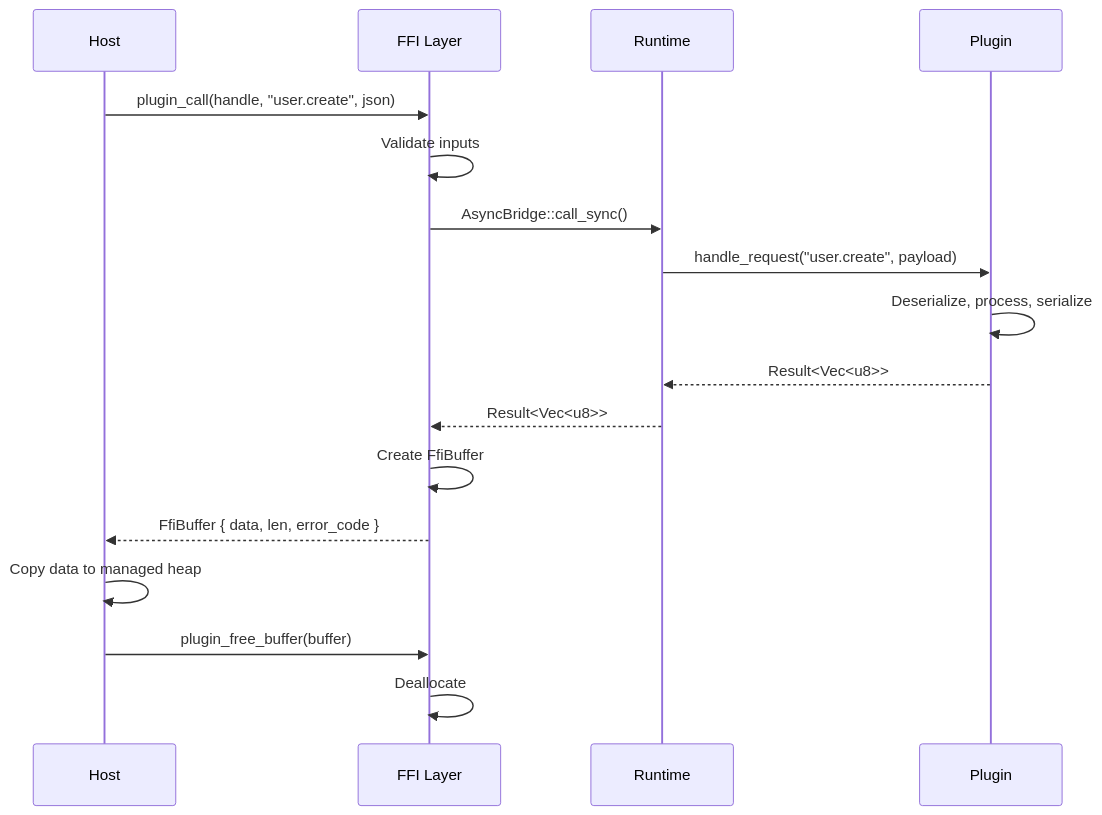
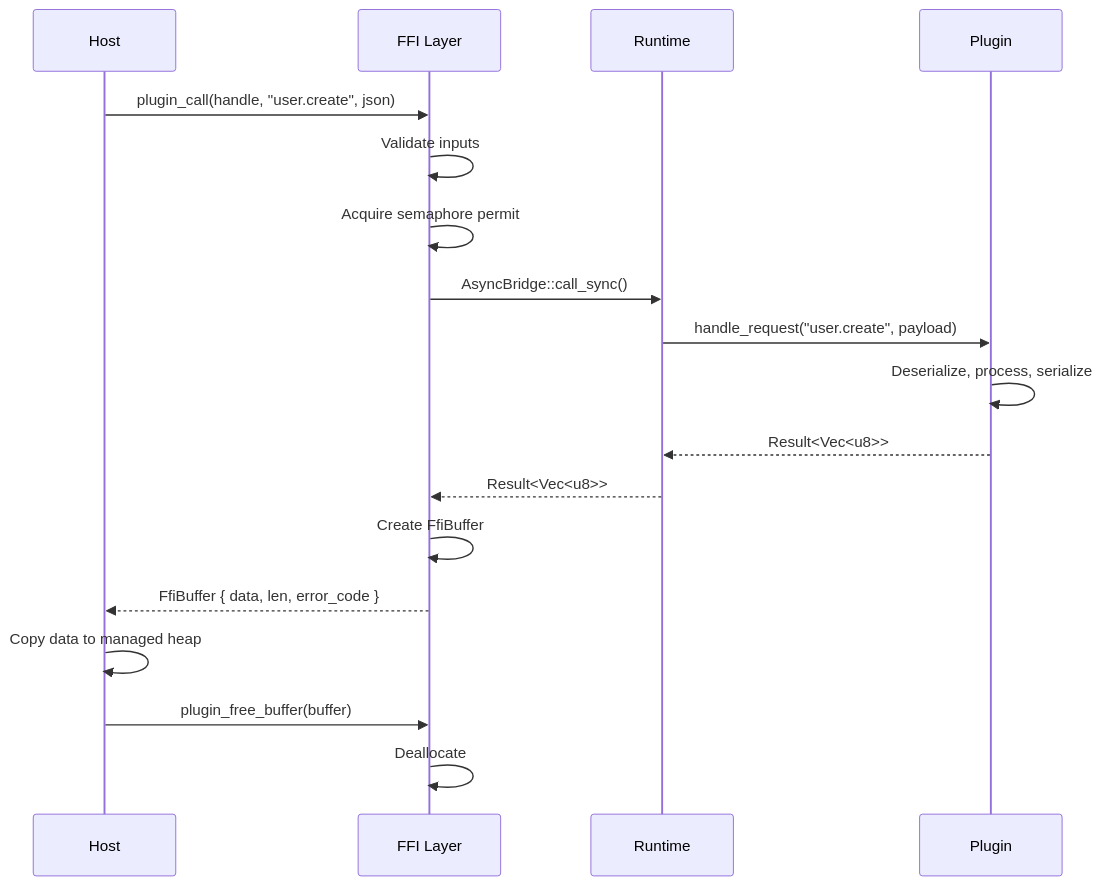
One commit to jrobhoward/rustbridge changed the fourth of 8 diagrams in docs/ARCHITECTURE.md. Above: the diagram before and after it, drawn with Mermaid. The commit also changed other lines of this file, not shown here.

````diff
--- a/docs/ARCHITECTURE.md
+++ b/docs/ARCHITECTURE.md
@@ -138,20 +162,21 @@
 ```mermaid
 sequenceDiagram
     participant H as Host
     participant F as FFI Layer
     participant R as Runtime
     participant P as Plugin
 
     H->>F: plugin_call(handle, "user.create", json)
     F->>F: Validate inputs
+    F->>F: Acquire semaphore permit
     F->>R: AsyncBridge::call_sync()
     R->>P: handle_request("user.create", payload)
     P->>P: Deserialize, process, serialize
     P-->>R: Result<Vec<u8>>
     R-->>F: Result<Vec<u8>>
     F->>F: Create FfiBuffer
     F-->>H: FfiBuffer { data, len, error_code }
     H->>H: Copy data to managed heap
     H->>F: plugin_free_buffer(buffer)
     F->>F: Deallocate
 ```
````
